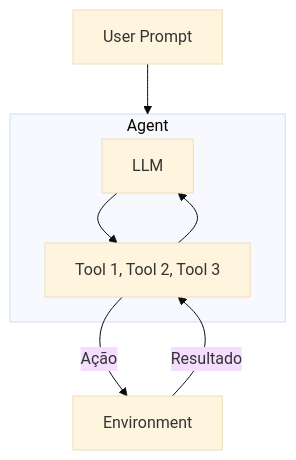
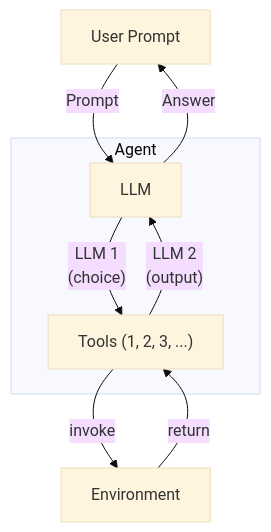
Before and after one commit to jcguimaraesnet/course-intelligent-agents: the diagram in pages/ai-agents/slide-etapa5.md, drawn with Mermaid (base theme). The commit also changed other lines of this file, not shown here.

Commit message:
fix: update tool calling flowchart for clarity and consistency in terminology

````diff
--- a/pages/ai-agents/slide-etapa5.md
+++ b/pages/ai-agents/slide-etapa5.md
@@ -40,14 +40,15 @@
 ```mermaid {theme: 'dark'}
 flowchart TD
 Task["User Prompt"]
 subgraph Agent
   LLM["LLM"]
-  Tools["Tool 1, Tool 2, Tool 3"]
+  Tools["Tools (1, 2, 3, ...)"]
 end
 Env["Environment"]
-Task --> Agent
-LLM --> Tools
-Tools --> LLM
-Tools -->|Ação| Env
-Env -->|Resultado| Tools
+Task -->|Prompt| LLM
+LLM -->|Answer| Task
+LLM -->|"LLM 1<br/>(choice)"| Tools
+Tools -->|"LLM 2<br/>(output)"| LLM
+Tools -->|invoke| Env
+Env -->|return| Tools
 ```
````
